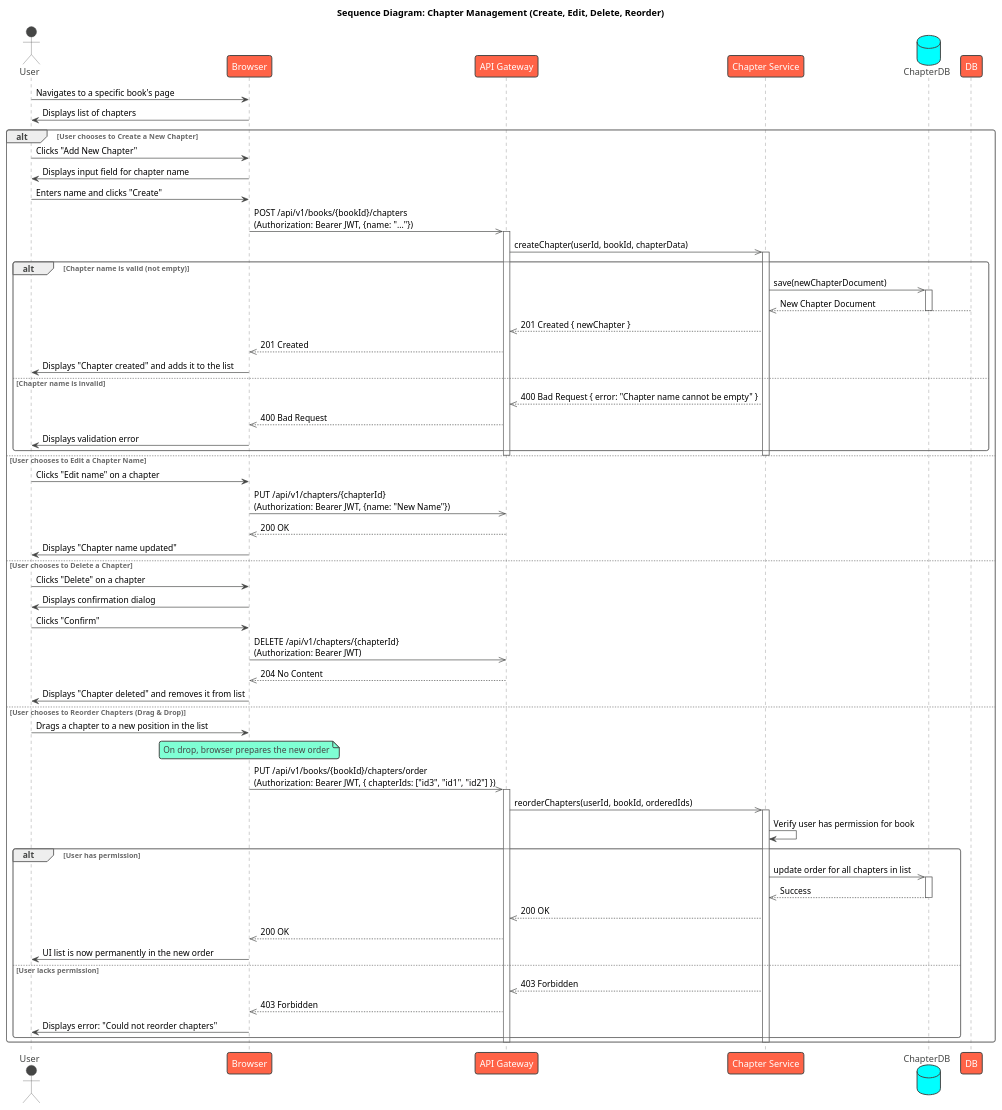
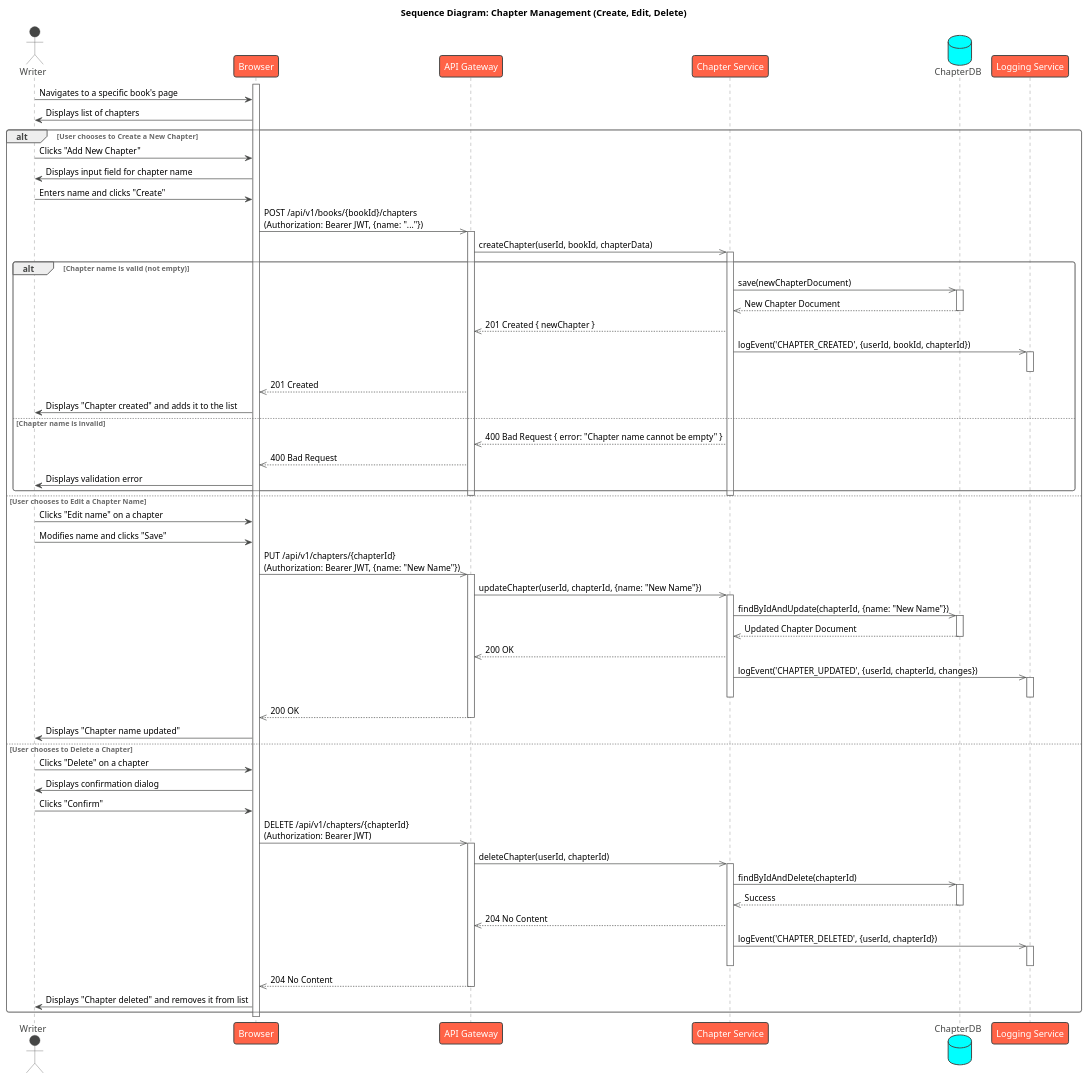
One commit to Arado3333/PageByPage_Israel_Arad changed the diagram in UML/Sequences/Writer/EditDeleteChapter.puml. Above: the diagram before and after it, drawn with PlantUML. The commit also changed 17 other files, not shown here.

Commit message:
updated diagrams

```diff
--- a/UML/Sequences/Writer/EditDeleteChapter.puml
+++ b/UML/Sequences/Writer/EditDeleteChapter.puml
@@ -1,90 +1,105 @@
 @startuml
 !theme vibrant
 
-title Sequence Diagram: Chapter Management (Create, Edit, Delete, Reorder)
+title Sequence Diagram: Chapter Management (Create, Edit, Delete)
 
-actor "User"
-participant "Browser"
+actor "Writer" as User
+participant "Browser" as Browser
 participant "API Gateway" as Gateway
 participant "Chapter Service" as ChapterService
-database "ChapterDB"
+database "ChapterDB" as ChapterDB
+participant "Logging Service" as LoggingService
 
+activate Browser
 User -> Browser : Navigates to a specific book's page
 ' ... The list of chapters for the book is fetched and displayed ...
 Browser -> User : Displays list of chapters
 
 alt User chooses to Create a New Chapter
 
     User -> Browser : Clicks "Add New Chapter"
     Browser -> User : Displays input field for chapter name
     User -> Browser : Enters name and clicks "Create"
     Browser ->> Gateway : POST /api/v1/books/{bookId}/chapters\n(Authorization: Bearer JWT, {name: "..."})
     activate Gateway
 
     Gateway ->> ChapterService : createChapter(userId, bookId, chapterData)
     activate ChapterService
 
     alt Chapter name is valid (not empty)
         ChapterService ->> ChapterDB : save(newChapterDocument)
         activate ChapterDB
-        DB -->> ChapterService : New Chapter Document
+        ChapterDB -->> ChapterService : New Chapter Document
         deactivate ChapterDB
         ChapterService -->> Gateway : 201 Created { newChapter }
+        
+        ' Asynchronous Logging
+        ChapterService ->> LoggingService : logEvent('CHAPTER_CREATED', {userId, bookId, chapterId})
+        activate LoggingService
+        deactivate LoggingService
+
         Gateway -->> Browser : 201 Created
         Browser -> User : Displays "Chapter created" and adds it to the list
     else Chapter name is invalid
         ChapterService -->> Gateway : 400 Bad Request { error: "Chapter name cannot be empty" }
         Gateway -->> Browser : 400 Bad Request
         Browser -> User : Displays validation error
     end
     deactivate ChapterService
     deactivate Gateway
 
 else User chooses to Edit a Chapter Name
 
     User -> Browser : Clicks "Edit name" on a chapter
-    ' ... similar flow to create, but using PUT ...
+    User -> Browser : Modifies name and clicks "Save"
     Browser ->> Gateway : PUT /api/v1/chapters/{chapterId}\n(Authorization: Bearer JWT, {name: "New Name"})
-    ' ... server validates and updates ...
+    activate Gateway
+    Gateway ->> ChapterService : updateChapter(userId, chapterId, {name: "New Name"})
+    activate ChapterService
+    
+    ChapterService ->> ChapterDB : findByIdAndUpdate(chapterId, {name: "New Name"})
+    activate ChapterDB
+    ChapterDB -->> ChapterService : Updated Chapter Document
+    deactivate ChapterDB
+    ChapterService -->> Gateway : 200 OK
+    
+    ' Asynchronous Logging
+    ChapterService ->> LoggingService : logEvent('CHAPTER_UPDATED', {userId, chapterId, changes})
+    activate LoggingService
+    deactivate LoggingService
+
+    deactivate ChapterService
     Gateway -->> Browser : 200 OK
+    deactivate Gateway
     Browser -> User : Displays "Chapter name updated"
 
 else User chooses to Delete a Chapter
 
     User -> Browser : Clicks "Delete" on a chapter
     Browser -> User : Displays confirmation dialog
     User -> Browser : Clicks "Confirm"
     Browser ->> Gateway : DELETE /api/v1/chapters/{chapterId}\n(Authorization: Bearer JWT)
-    ' ... server verifies permissions and deletes ...
+    activate Gateway
+    Gateway ->> ChapterService : deleteChapter(userId, chapterId)
+    activate ChapterService
+    
+    ChapterService ->> ChapterDB : findByIdAndDelete(chapterId)
+    activate ChapterDB
+    ChapterDB -->> ChapterService : Success
+    deactivate ChapterDB
+    ChapterService -->> Gateway : 204 No Content
+
+    ' Asynchronous Logging
+    ChapterService ->> LoggingService : logEvent('CHAPTER_DELETED', {userId, chapterId})
+    activate LoggingService
+    deactivate LoggingService
+
+    deactivate ChapterService
     Gateway -->> Browser : 204 No Content
+    deactivate Gateway
     Browser -> User : Displays "Chapter deleted" and removes it from list
-
-else User chooses to Reorder Chapters (Drag & Drop)
-
-    User -> Browser : Drags a chapter to a new position in the list
-    note over Browser : On drop, browser prepares the new order
-    Browser ->> Gateway : PUT /api/v1/books/{bookId}/chapters/order\n(Authorization: Bearer JWT, { chapterIds: ["id3", "id1", "id2"] })
-    activate Gateway
-    Gateway ->> ChapterService : reorderChapters(userId, bookId, orderedIds)
-    activate ChapterService
-
-    ChapterService -> ChapterService : Verify user has permission for book
-    alt User has permission
-        ChapterService ->> ChapterDB : update order for all chapters in list
-        activate ChapterDB
-        ChapterDB -->> ChapterService : Success
-        deactivate ChapterDB
-        ChapterService -->> Gateway : 200 OK
-        Gateway -->> Browser : 200 OK
-        Browser -> User : UI list is now permanently in the new order
-    else User lacks permission
-        ChapterService -->> Gateway : 403 Forbidden
-        Gateway -->> Browser : 403 Forbidden
-        Browser -> User : Displays error: "Could not reorder chapters"
-    end
-    deactivate ChapterService
-    deactivate Gateway
 
 end
 
+deactivate Browser
 @enduml
```
